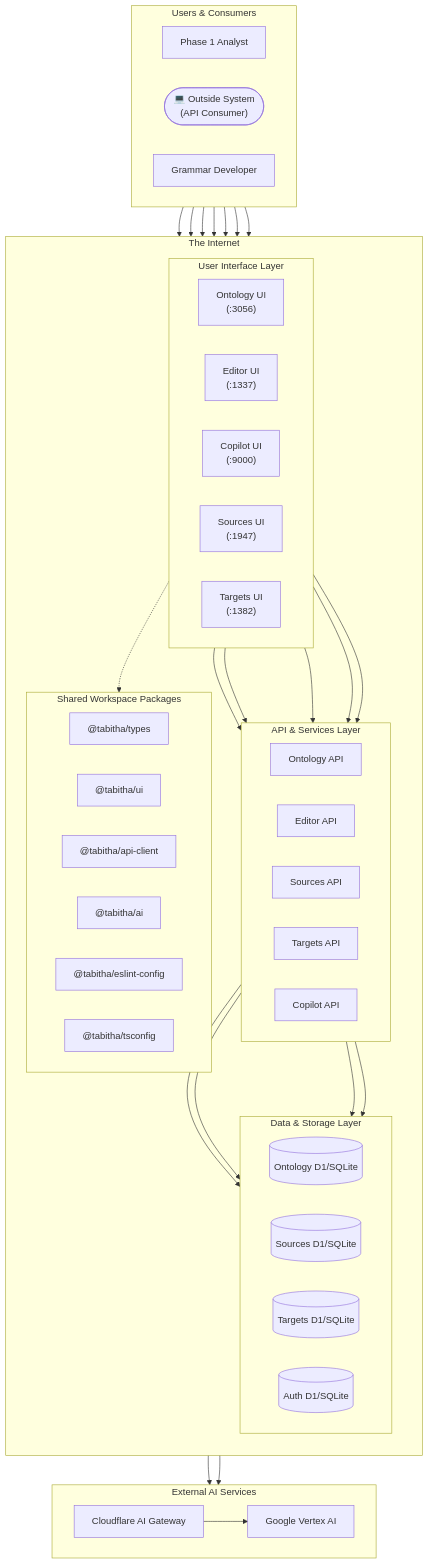
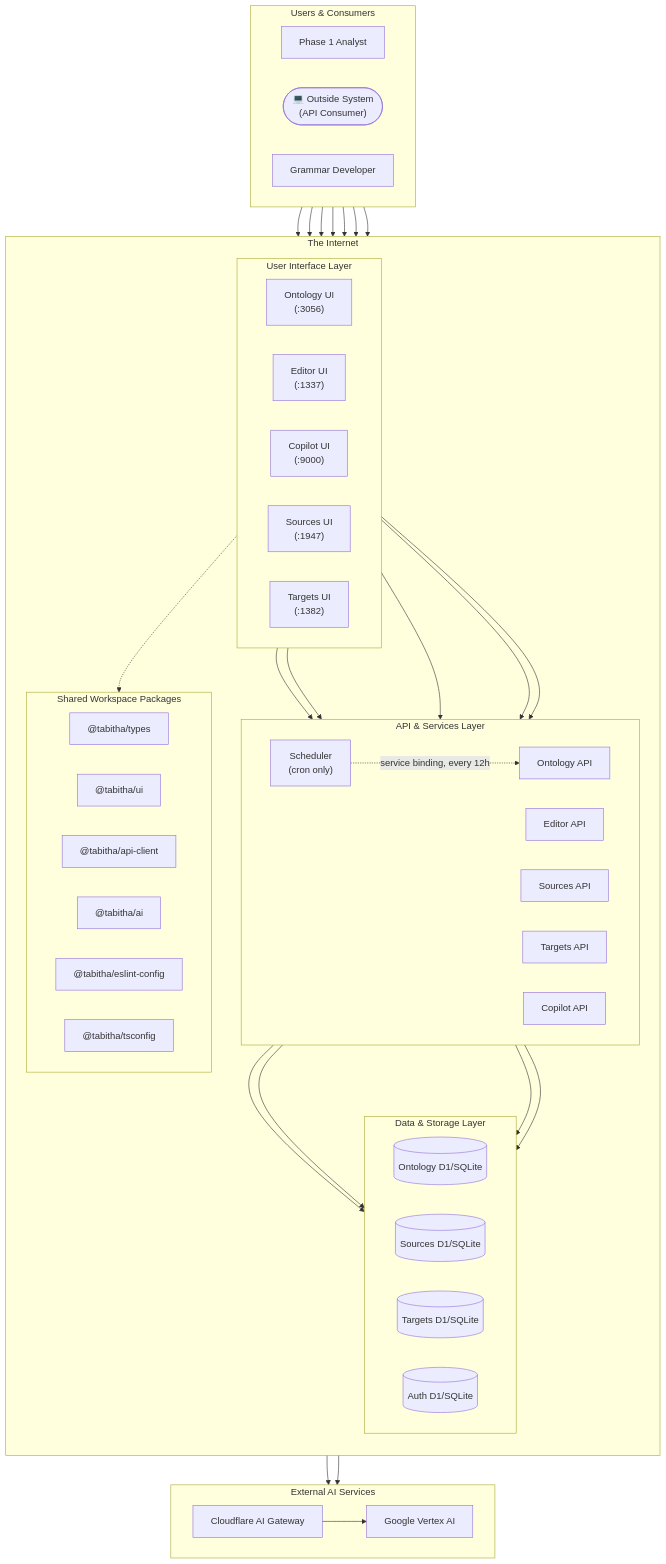
The diagram in README.md (presciencelabs/tabitha), drawn with Mermaid before and after one commit. The commit also changed other lines of this file and 31 other files, not shown here.

```diff
--- a/README.md
+++ b/README.md
@@ -273,6 +277,7 @@
             SourcesAPI[Sources API];
             TargetsAPI[Targets API];
             CopilotAPI[Copilot API];
+            Scheduler["Scheduler <br/>(cron only)"];
         end
 
         subgraph SharedPackages ["Shared Workspace Packages"]
@@ -321,6 +326,8 @@
     SourcesAPI --> SourcesDB;
     TargetsAPI --> TargetsDB;
 
+    Scheduler -.->|"service binding, every 12h"| OntologyAPI;
+
     OntologyAPI --> AIGateway;
     CopilotAPI --> AIGateway;
     AIGateway --> VertexAI;
```
